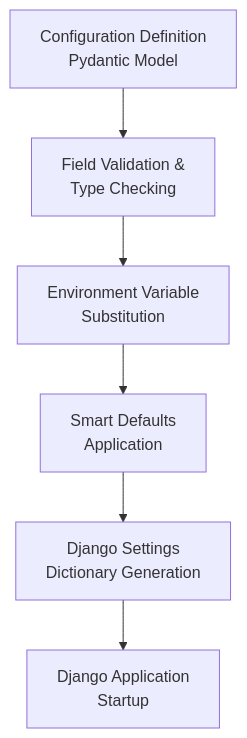
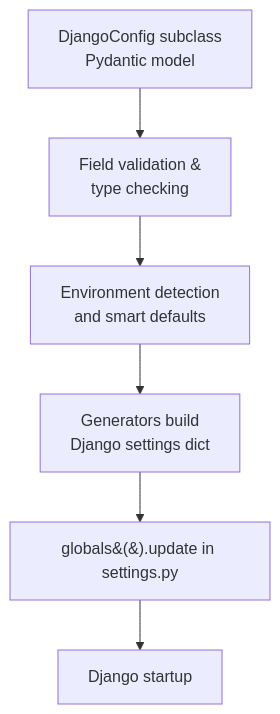
Before and after one commit to markolofsen/django-cfg: the first of 3 diagrams in docs/core/architecture.mdx, drawn with Mermaid. The commit also changed other lines of this file and 356 other files, not shown here.

````diff
--- a/docs/core/architecture.mdx
+++ b/docs/core/architecture.mdx
@@ -21,8 +19,8 @@
 ```mermaid
 graph TD
-    A[Configuration Definition<br/>Pydantic Model] --> B["Field Validation &<br/>Type Checking"]
-    B --> C[Environment Variable<br/>Substitution]
-    C --> D[Smart Defaults<br/>Application]
-    D --> E[Django Settings<br/>Dictionary Generation]
-    E --> F[Django Application<br/>Startup]
+    A[DjangoConfig subclass<br/>Pydantic model] --> B["Field validation &<br/>type checking"]
+    B --> C[Environment detection<br/>and smart defaults]
+    C --> D["Generators build<br/>Django settings dict"]
+    D --> E[globals&#40;&#41;.update in settings.py]
+    E --> F[Django startup]
 ```
````
